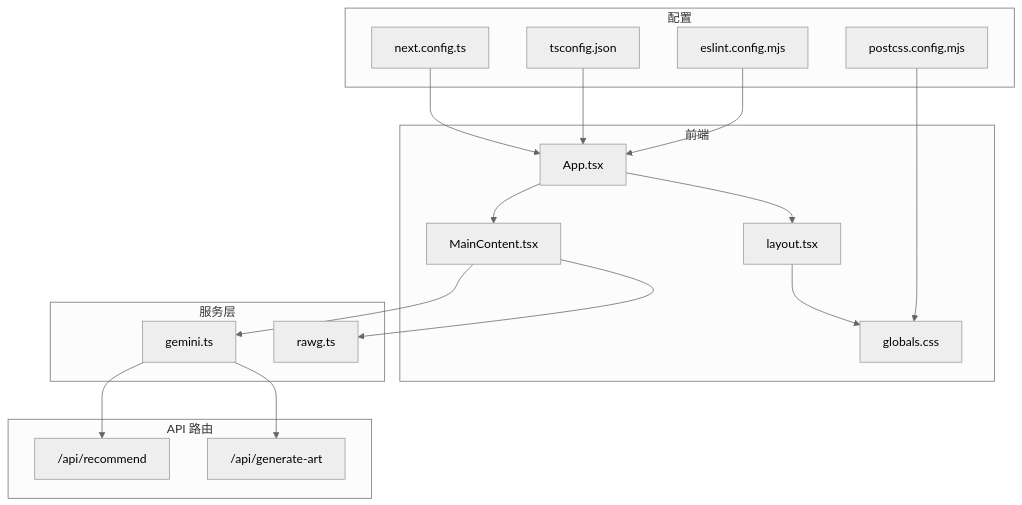
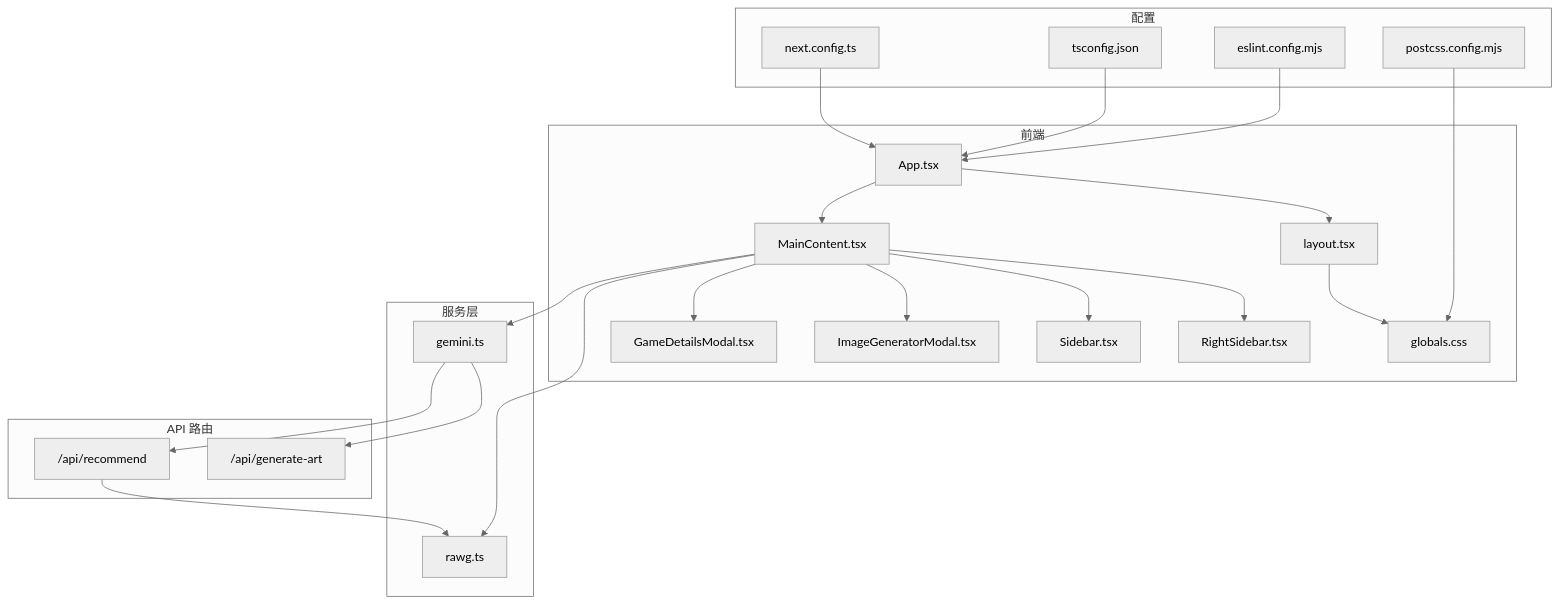
The first of 7 diagrams in .qoder/repowiki/zh/content/架构设计/技术栈选型设计.md (Jason-6300/JoyMate), drawn with Mermaid (neutral theme) before and after one commit. The commit also changed other lines of this file and 7 other files, not shown here.

````diff
--- a/.qoder/repowiki/zh/content/架构设计/技术栈选型设计.md
+++ b/.qoder/repowiki/zh/content/架构设计/技术栈选型设计.md
@@ -40,34 +49,43 @@
 ```mermaid
 graph TB
 subgraph "前端"
 A["App.tsx"]
 B["MainContent.tsx"]
 C["layout.tsx"]
 D["globals.css"]
+E["GameDetailsModal.tsx"]
+F["ImageGeneratorModal.tsx"]
+G["Sidebar.tsx"]
+H["RightSidebar.tsx"]
 end
 subgraph "服务层"
-E["gemini.ts"]
-F["rawg.ts"]
+I["gemini.ts"]
+J["rawg.ts"]
 end
 subgraph "API 路由"
-G["/api/recommend"]
-H["/api/generate-art"]
+K["/api/recommend"]
+L["/api/generate-art"]
 end
 subgraph "配置"
-I["next.config.ts"]
-J["tsconfig.json"]
-K["eslint.config.mjs"]
-L["postcss.config.mjs"]
+M["next.config.ts"]
+N["tsconfig.json"]
+O["eslint.config.mjs"]
+P["postcss.config.mjs"]
 end
 A --> B
 A --> C
+B --> I
+B --> J
 B --> E
 B --> F
-E --> G
-E --> H
+B --> G
+B --> H
+I --> K
+I --> L
+K --> J
 C --> D
-I --> A
-J --> A
-K --> A
-L --> D
+M --> A
+N --> A
+O --> A
+P --> D
 ```
````
